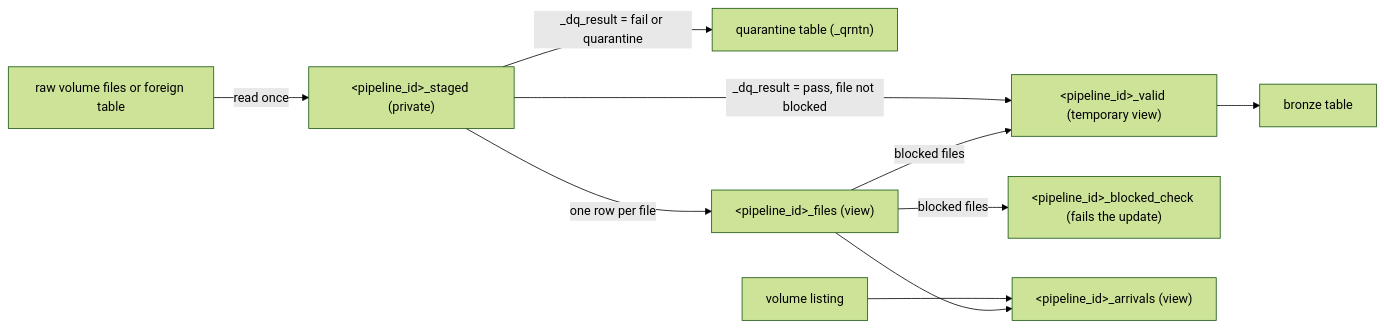
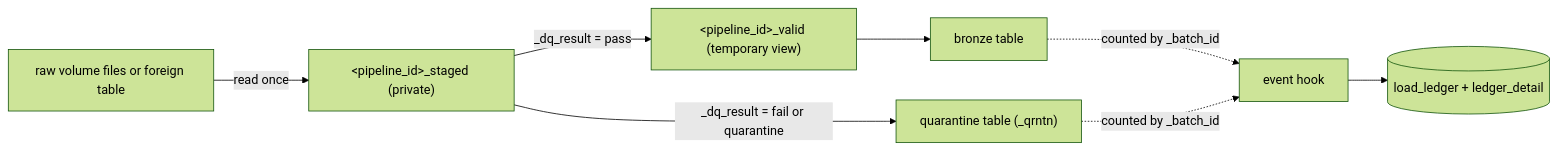
One commit to NitinKeshavB/framework changed the third of 9 diagrams in framework_docs/ARCHITECTURE.md. Above: the diagram before and after it, drawn with Mermaid (forest theme). The commit also changed other lines of this file and 15 other files, not shown here.

````diff
--- a/framework_docs/ARCHITECTURE.md
+++ b/framework_docs/ARCHITECTURE.md
@@ -98,12 +98,10 @@
 ```mermaid
 flowchart LR
   source[raw volume files or foreign table] -->|read once| staged["&lt;pipeline_id&gt;_staged (private)"]
-  staged -->|"_dq_result = pass, file not blocked"| valid["&lt;pipeline_id&gt;_valid (temporary view)"]
+  staged -->|"_dq_result = pass"| valid["&lt;pipeline_id&gt;_valid (temporary view)"]
   valid --> bronze[bronze table]
   staged -->|"_dq_result = fail or quarantine"| quarantine["quarantine table (_qrntn)"]
-  staged -->|"one row per file"| files["&lt;pipeline_id&gt;_files (view)"]
-  files -->|"blocked files"| valid
-  files -->|"blocked files"| check["&lt;pipeline_id&gt;_blocked_check (fails the update)"]
-  listing[volume listing] --> arrivals["&lt;pipeline_id&gt;_arrivals (view)"]
-  files --> arrivals
+  bronze -.->|"counted by _batch_id"| hook["event hook"]
+  quarantine -.->|"counted by _batch_id"| hook
+  hook --> ledger[("load_ledger + ledger_detail")]
 ```
````
